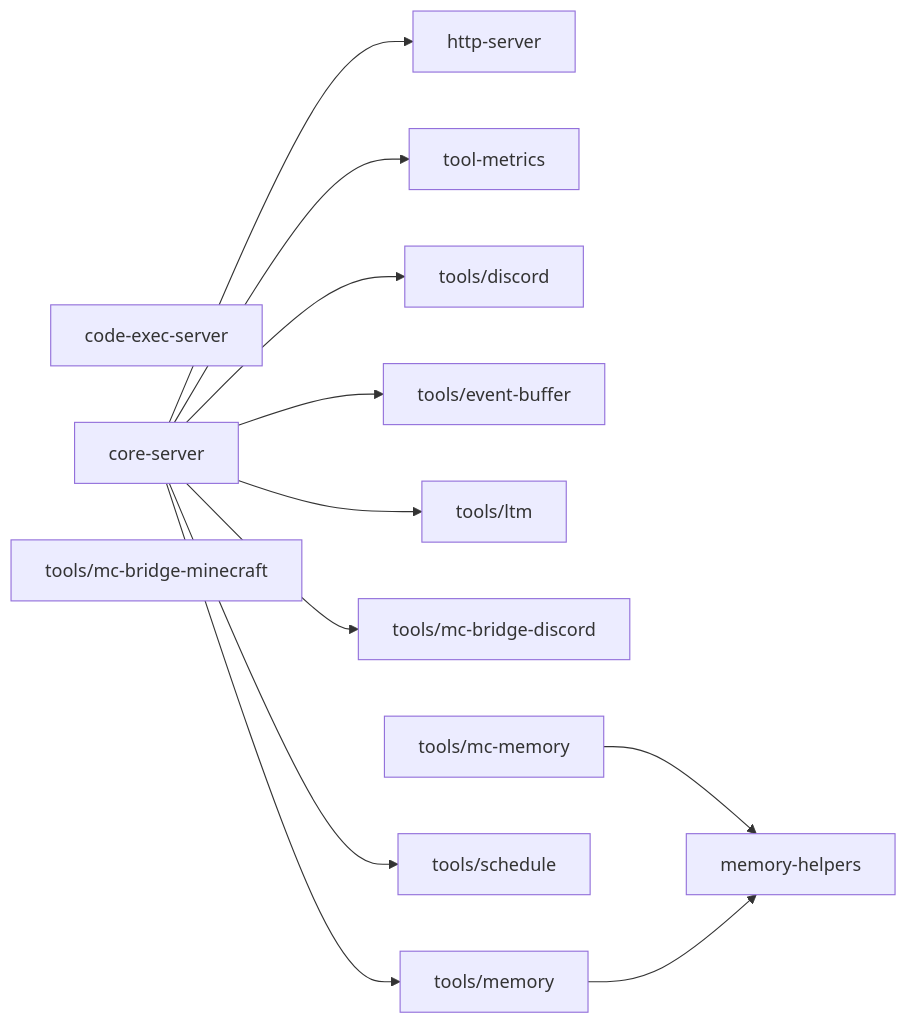
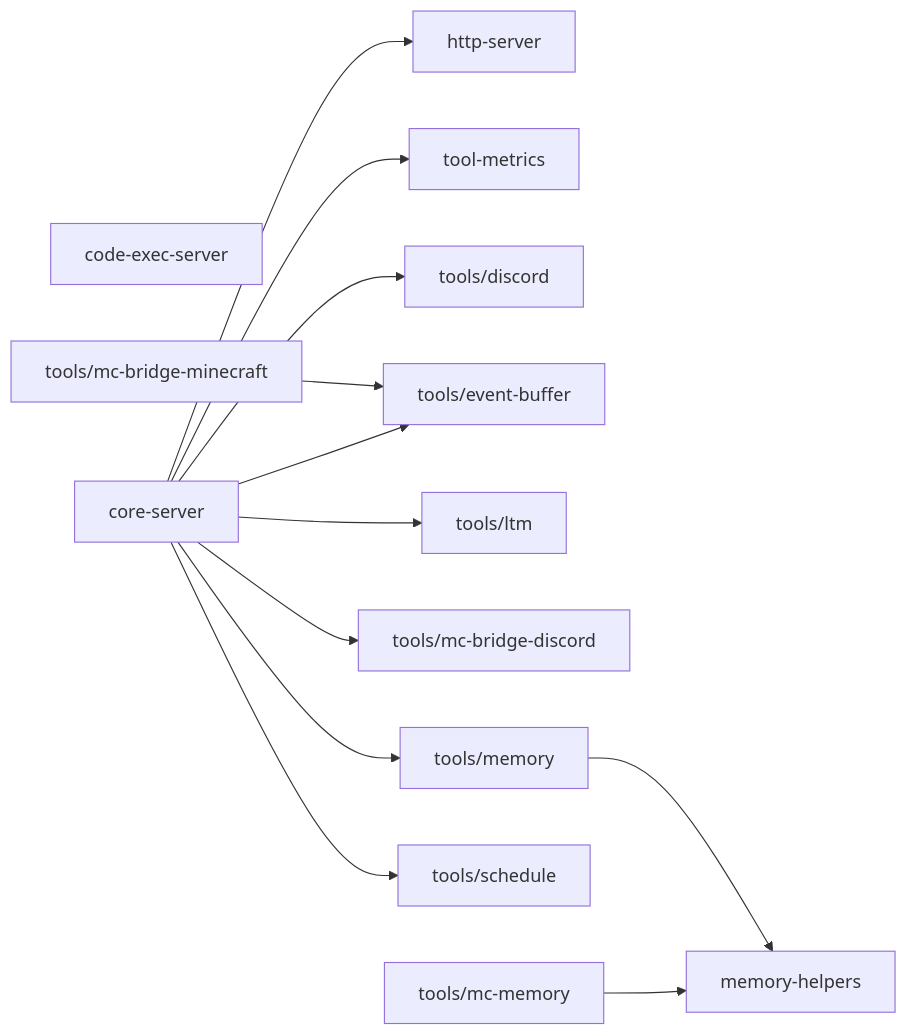
One commit to OJII3/vicissitude changed the diagram in packages/mcp/DEPS.md. Above: the diagram before and after it, drawn with Mermaid. The commit also changed other lines of this file and 4 other files, not shown here.

First line of the commit message:
feat: mc-bridge に check_commands ツールを追加し Minecraft エージェントから Discord 指示を取得可能に (#252)

````diff
--- a/packages/mcp/DEPS.md
+++ b/packages/mcp/DEPS.md
@@ -7,23 +7,23 @@
 ```mermaid
 graph LR
   code_exec_server["code-exec-server"]
   core_server["core-server"] --> http_server["http-server"]
   core_server["core-server"] --> tool_metrics["tool-metrics"]
   core_server["core-server"] --> tools_discord["tools/discord"]
   core_server["core-server"] --> tools_event_buffer["tools/event-buffer"]
   core_server["core-server"] --> tools_ltm["tools/ltm"]
   core_server["core-server"] --> tools_mc_bridge_discord["tools/mc-bridge-discord"]
   core_server["core-server"] --> tools_memory["tools/memory"]
   core_server["core-server"] --> tools_schedule["tools/schedule"]
   http_server["http-server"]
   memory_helpers["memory-helpers"]
   tool_metrics["tool-metrics"]
   tools_discord["tools/discord"]
   tools_event_buffer["tools/event-buffer"]
   tools_ltm["tools/ltm"]
   tools_mc_bridge_discord["tools/mc-bridge-discord"]
-  tools_mc_bridge_minecraft["tools/mc-bridge-minecraft"]
+  tools_mc_bridge_minecraft["tools/mc-bridge-minecraft"] --> tools_event_buffer["tools/event-buffer"]
   tools_mc_memory["tools/mc-memory"] --> memory_helpers["memory-helpers"]
   tools_memory["tools/memory"] --> memory_helpers["memory-helpers"]
   tools_schedule["tools/schedule"]
 ```
````
